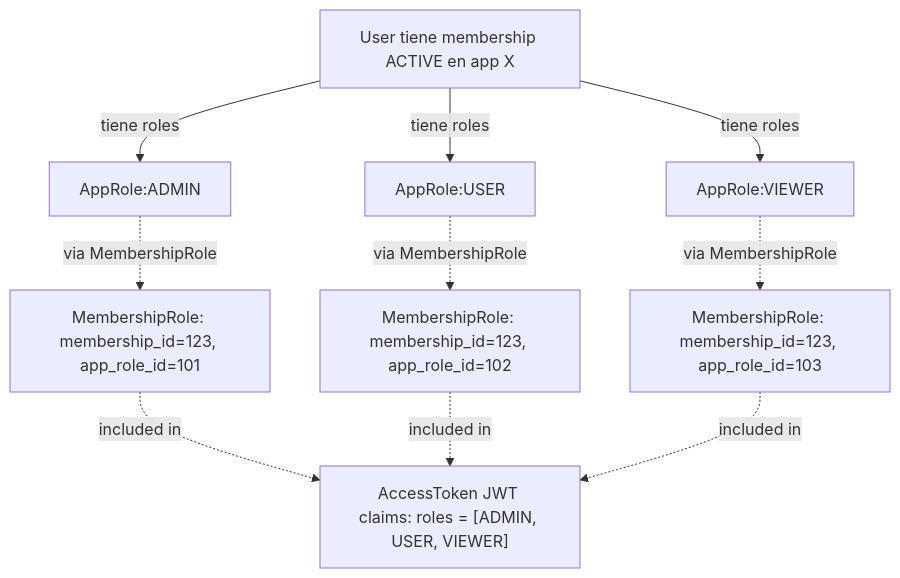
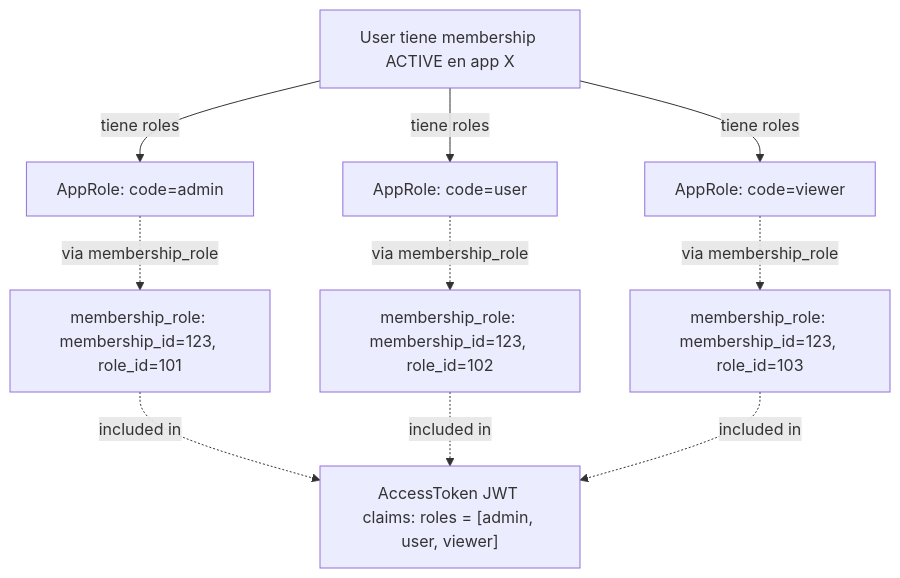
One commit to cmartinezs/keygo-server changed the tenth of 13 diagrams in docs/keygo-server/ENTITY_RELATIONSHIPS.md. Above: the diagram before and after it, drawn with Mermaid. The commit also changed other lines of this file and 55 other files, not shown here.

````diff
--- a/docs/keygo-server/ENTITY_RELATIONSHIPS.md
+++ b/docs/keygo-server/ENTITY_RELATIONSHIPS.md
@@ -365,19 +393,19 @@
 ```mermaid
 graph TD
-    A["User tiene membership ACTIVE en app X"] -->|tiene roles| B["AppRole:ADMIN"]
-    A -->|tiene roles| C["AppRole:USER"]
-    A -->|tiene roles| D["AppRole:VIEWER"]
+    A["User tiene membership ACTIVE en app X"] -->|tiene roles| B["AppRole: code=admin"]
+    A -->|tiene roles| C["AppRole: code=user"]
+    A -->|tiene roles| D["AppRole: code=viewer"]
 
-    E["MembershipRole: membership_id=123, app_role_id=101"]
-    F["MembershipRole: membership_id=123, app_role_id=102"]
-    G["MembershipRole: membership_id=123, app_role_id=103"]
+    E["membership_role: membership_id=123, role_id=101"]
+    F["membership_role: membership_id=123, role_id=102"]
+    G["membership_role: membership_id=123, role_id=103"]
 
-    B -.->|via MembershipRole| E
-    C -.->|via MembershipRole| F
-    D -.->|via MembershipRole| G
+    B -.->|via membership_role| E
+    C -.->|via membership_role| F
+    D -.->|via membership_role| G
 
-    H["AccessToken JWT claims: roles = [ADMIN, USER, VIEWER]"]
+    H["AccessToken JWT claims: roles = [admin, user, viewer]"]
     E -.->|included in| H
     F -.->|included in| H
     G -.->|included in| H
 ```
````
